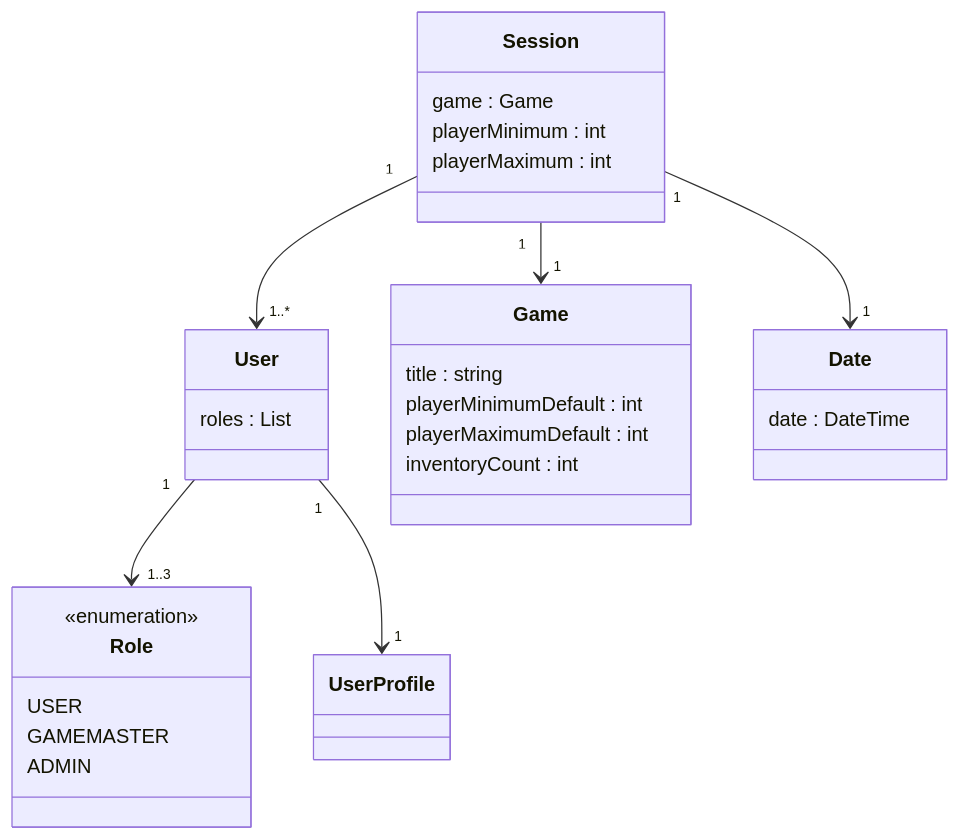
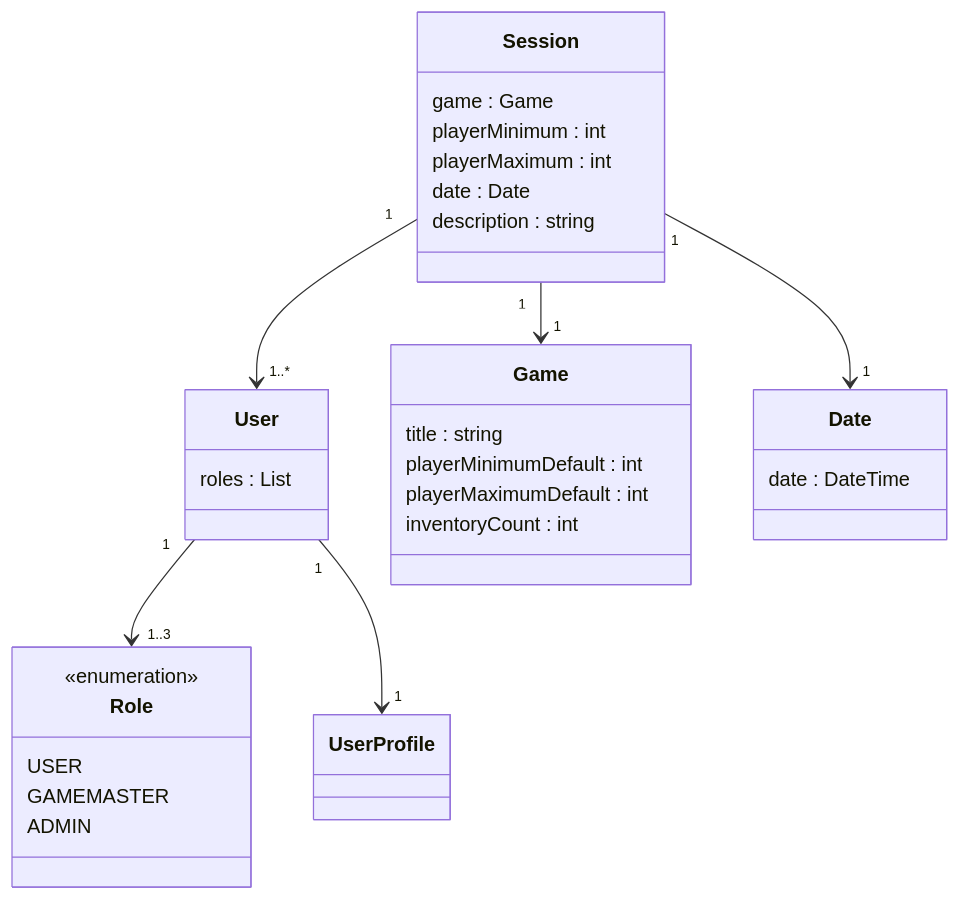
One commit to MatiasHeiberg/1.semesterprojekt changed the second of 2 diagrams in 02 notes/Klassediagram.md. Above: the diagram before and after it, drawn with Mermaid.

Commit message:
modify classdiagram

````diff
--- a/02 notes/Klassediagram.md
+++ b/02 notes/Klassediagram.md
@@ -38,37 +38,41 @@
 ```mermaid
 classDiagram
 
 %% Class definitions
 class Session {
 	game : Game
-	playerMinimum : int
+	playerMinimum : int 
 	playerMaximum : int
+	date : Date
+	description : string
+	
+	%% Skal have en constructor der tager default spiller count som standard værdi.
 }
 class User {
 roles : List<Role>
 }
 class Role {
 	<<enumeration>>
     USER
     GAMEMASTER
     ADMIN
 }
 class Game {
 	title : string
 	playerMinimumDefault : int
 	playerMaximumDefault : int
 	inventoryCount : int
 }
 class UserProfile
 class Date {
 	date : DateTime
 }
 
 %% Class relationships
 Session "1" --> "1..*" User
 Session "1" --> "1" Game
 Session "1" --> "1" Date
 User "1" --> "1..3" Role
 User "1" --> "1" UserProfile
 
 ```
````
